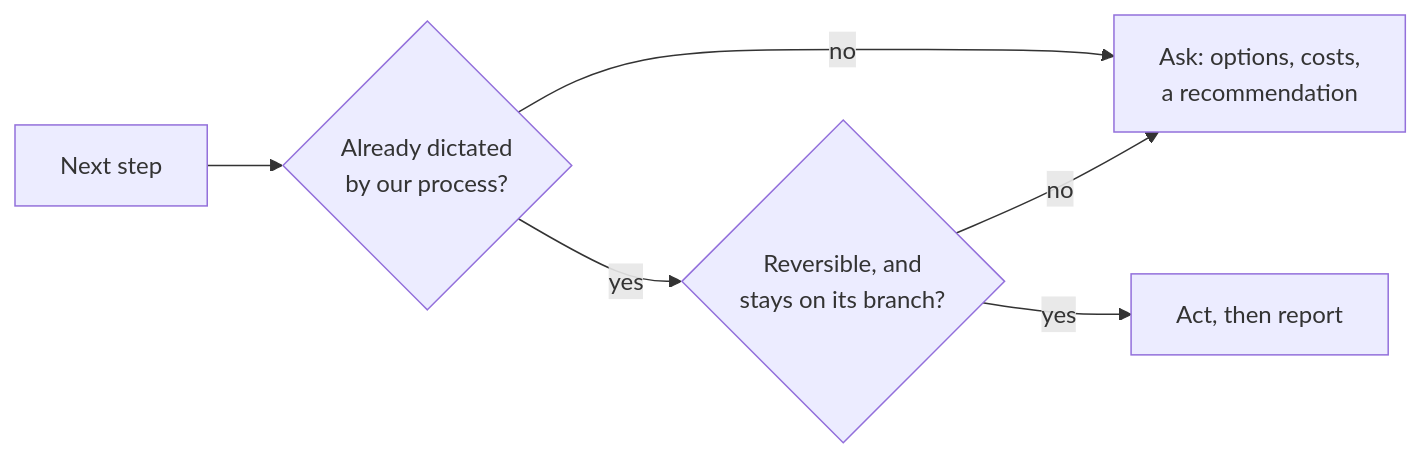
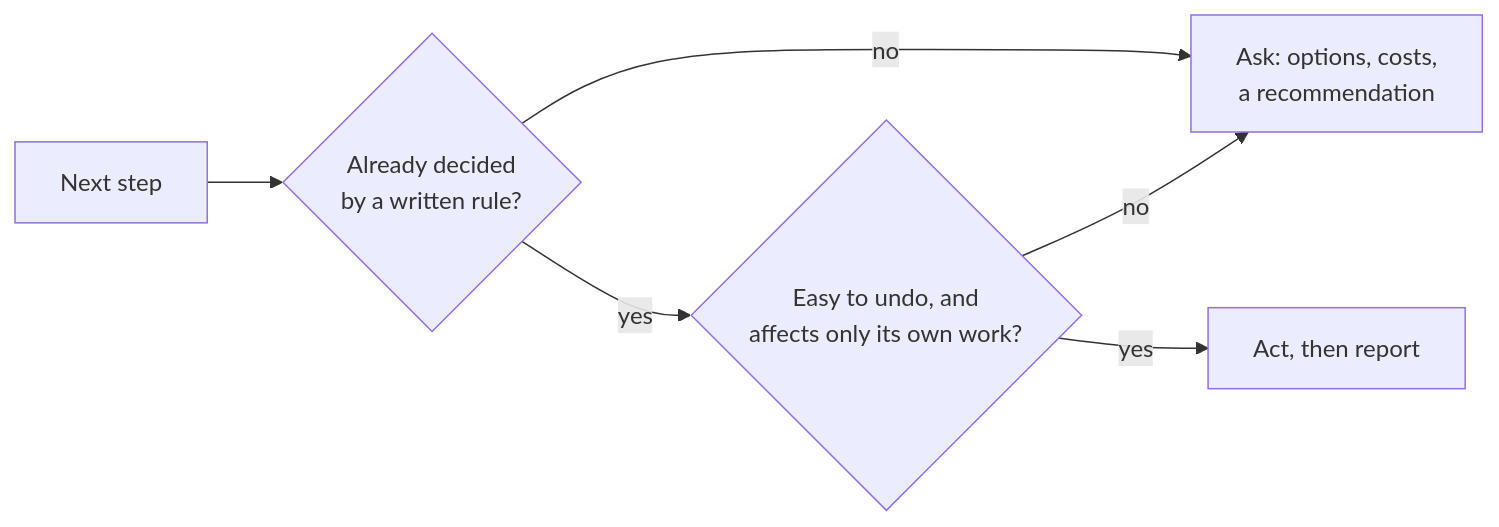
The third of 4 diagrams in engineering/decisions/2026-09-24-agentic-practice-audit/agentic-engineering-practices.md (Laticent/lattice), drawn with Mermaid before and after one commit. The commit also changed other lines of this file and 1 other file, not shown here.

````diff
--- a/engineering/decisions/2026-09-24-agentic-practice-audit/agentic-engineering-practices.md
+++ b/engineering/decisions/2026-09-24-agentic-practice-audit/agentic-engineering-practices.md
@@ -213,8 +235,8 @@
 ```mermaid
 flowchart LR
-  A["Next step"] --> B{"Already dictated<br/>by our process?"}
+  A["Next step"] --> B{"Already decided<br/>by a written rule?"}
   B -->|no| F["Ask: options, costs,<br/>a recommendation"]
-  B -->|yes| C{"Reversible, and<br/>stays on its branch?"}
+  B -->|yes| C{"Easy to undo, and<br/>affects only its own work?"}
   C -->|yes| D["Act, then report"]
   C -->|no| F
 ```
````
